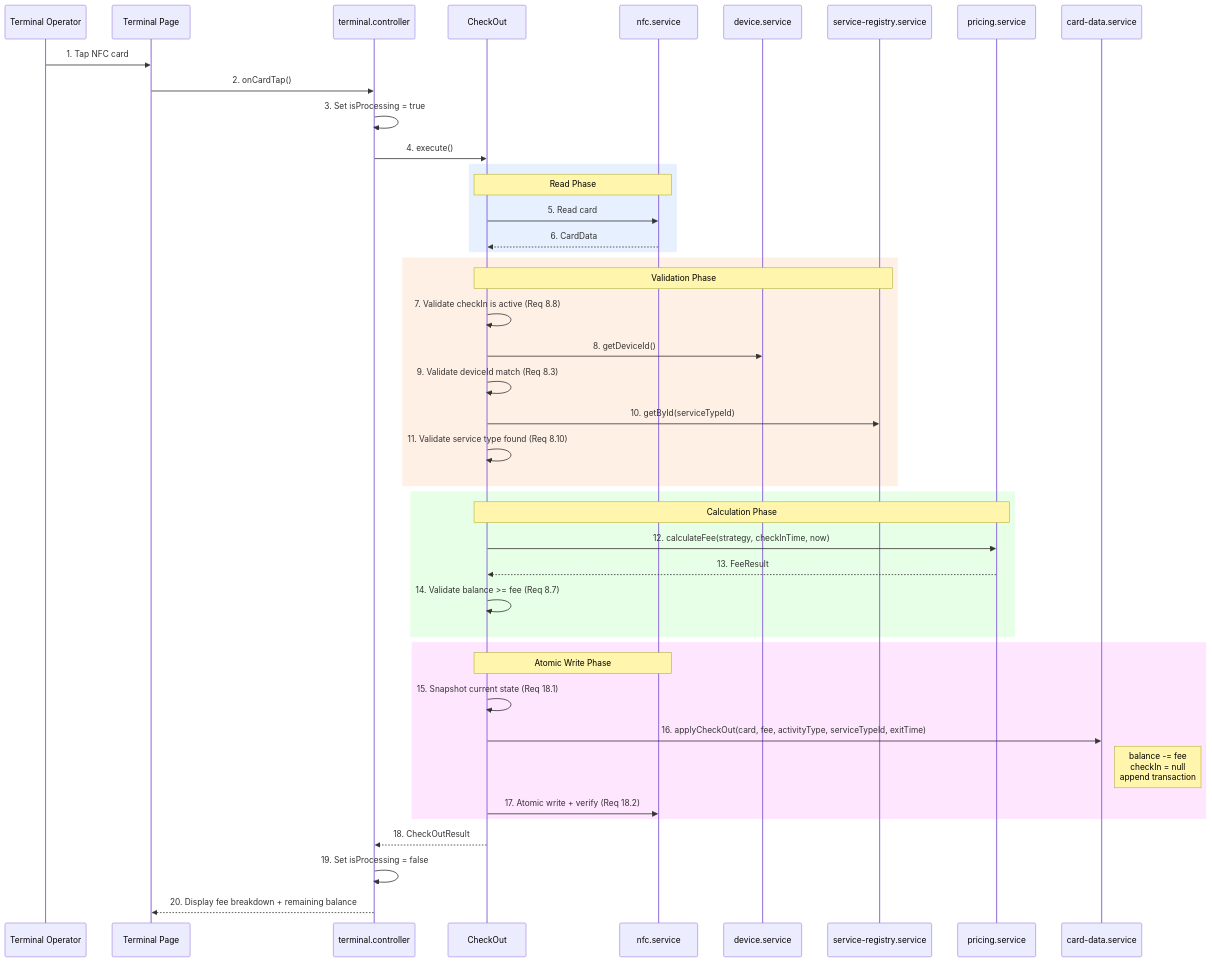
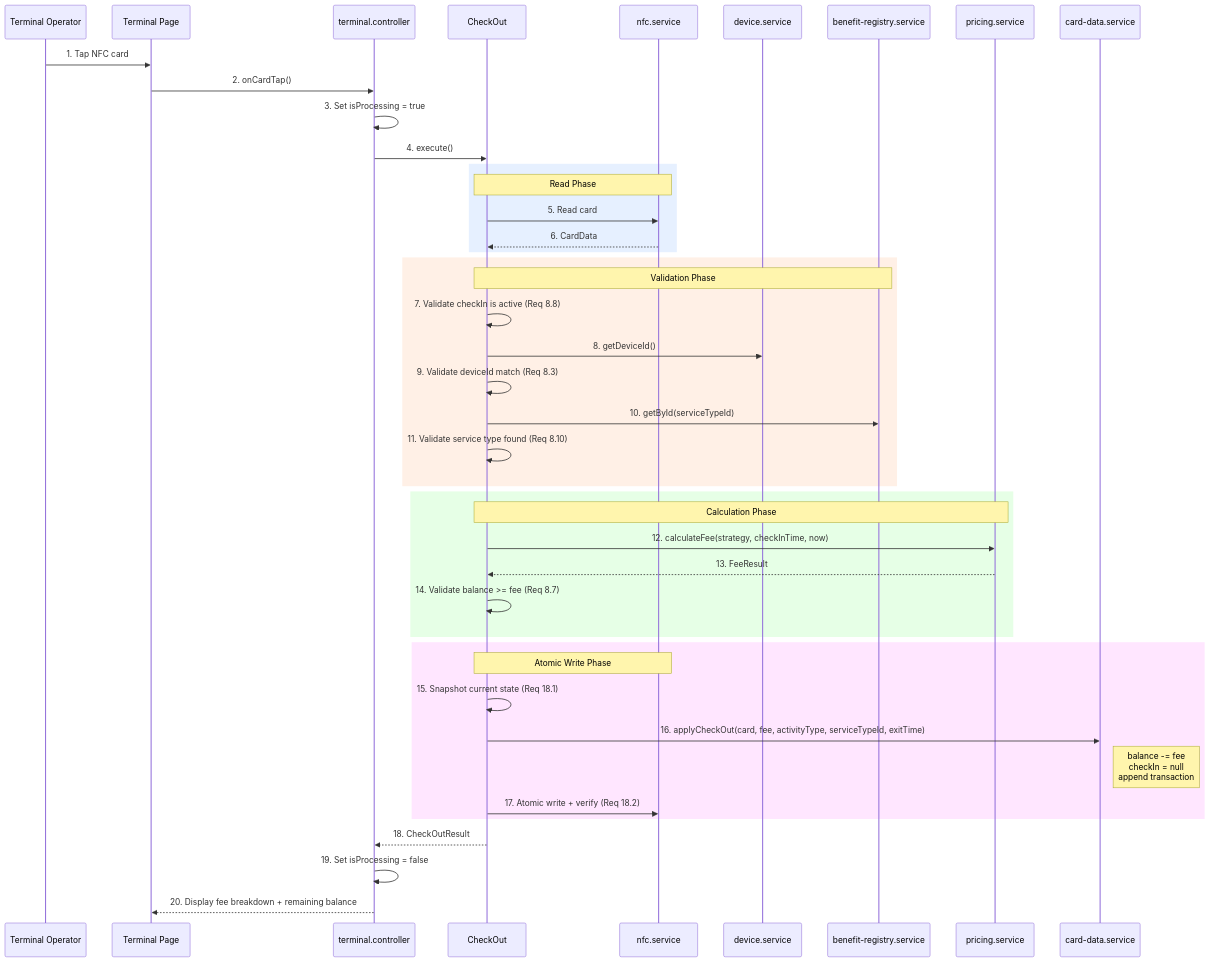
Before and after one commit to widdestoyud/assesment-s1-2026: the first of 2 diagrams in docs/wiki/membership-benefit-card/03-Business-Flows/Check-Out-Flow.md, drawn with Mermaid. The commit also changed other lines of this file and 31 other files, not shown here.

First line of the commit message:
docs(mbc): Update all documentation for ServiceType to BenefitType rename

````diff
--- a/docs/wiki/membership-benefit-card/03-Business-Flows/Check-Out-Flow.md
+++ b/docs/wiki/membership-benefit-card/03-Business-Flows/Check-Out-Flow.md
@@ -14,51 +14,51 @@
 ```mermaid
 sequenceDiagram
     participant Op as Terminal Operator
     participant UI as Terminal Page
     participant Ctrl as terminal.controller
     participant UC as CheckOut
     participant NFC as nfc.service
     participant Dev as device.service
-    participant Reg as service-registry.service
+    participant Reg as benefit-registry.service
     participant Price as pricing.service
     participant Card as card-data.service
 
     Op->>UI: 1. Tap NFC card
     UI->>Ctrl: 2. onCardTap()
     Ctrl->>Ctrl: 3. Set isProcessing = true
     Ctrl->>UC: 4. execute()
 
     rect rgb(230, 240, 255)
         Note over UC,NFC: Read Phase
         UC->>NFC: 5. Read card
         NFC-->>UC: 6. CardData
     end
 
     rect rgb(255, 240, 230)
         Note over UC,Reg: Validation Phase
         UC->>UC: 7. Validate checkIn is active (Req 8.8)
         UC->>Dev: 8. getDeviceId()
         UC->>UC: 9. Validate deviceId match (Req 8.3)
         UC->>Reg: 10. getById(serviceTypeId)
         UC->>UC: 11. Validate service type found (Req 8.10)
     end
 
     rect rgb(230, 255, 230)
         Note over UC,Price: Calculation Phase
         UC->>Price: 12. calculateFee(strategy, checkInTime, now)
         Price-->>UC: 13. FeeResult
         UC->>UC: 14. Validate balance >= fee (Req 8.7)
     end
 
     rect rgb(255, 230, 255)
         Note over UC,NFC: Atomic Write Phase
         UC->>UC: 15. Snapshot current state (Req 18.1)
         UC->>Card: 16. applyCheckOut(card, fee, activityType, serviceTypeId, exitTime)
         Note right of Card: balance -= fee<br/>checkIn = null<br/>append transaction
         UC->>NFC: 17. Atomic write + verify (Req 18.2)
     end
 
     UC-->>Ctrl: 18. CheckOutResult
     Ctrl->>Ctrl: 19. Set isProcessing = false
     Ctrl-->>UI: 20. Display fee breakdown + remaining balance
 ```
````
